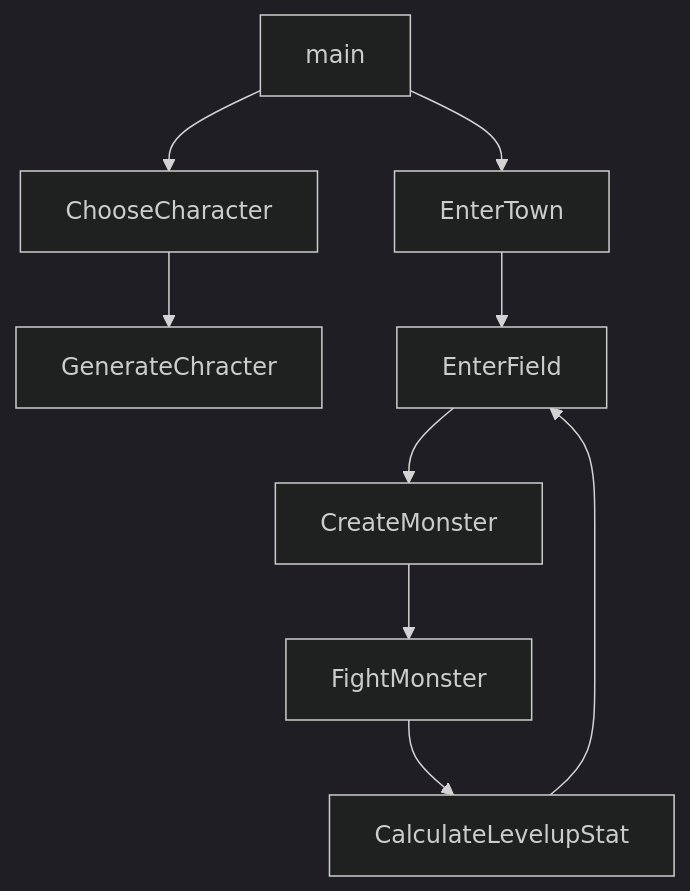
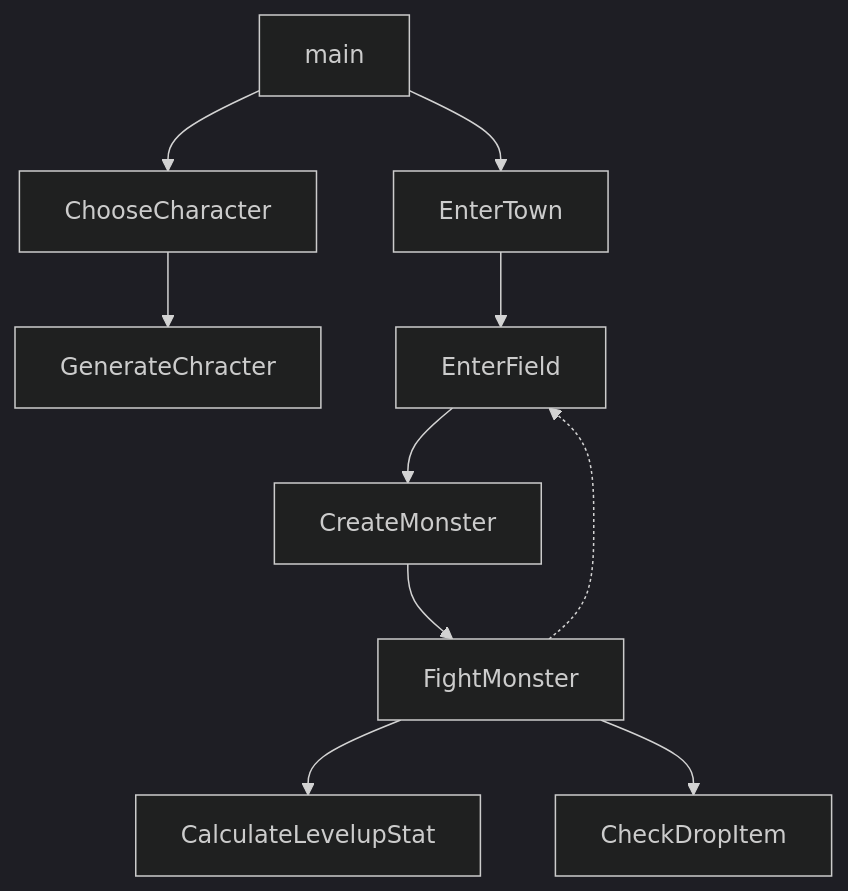
One commit to Emrgnr/cpp-TextRPG changed the diagram in README.md. Above: the diagram before and after it, drawn with Mermaid (dark theme).

Commit message:
Edit FlowChart - TextRPG(Multi-Array)
다중 배열을 적용시킨 버전의 전체 구조

````diff
--- a/README.md
+++ b/README.md
@@ -5,17 +5,21 @@
 ```mermaid
 flowchart TD
 	%% 메인 분기점
 	main --> EnterTown
     main --> ChooseCharacter
     
+    %% 캐릭터 선택 분기점
     ChooseCharacter --> GenerateChracter
     
+    %% 광장 분기점
     EnterTown --> EnterField
+    
+    %% 필드 분기점
     EnterField --> CreateMonster
     CreateMonster --> FightMonster
     
-    %% 분기 없이 핵심 흐름으로 직결
+    %% 몬스터 전투 분기점
     FightMonster --> CalculateLevelupStat
-    CalculateLevelupStat --> EnterField
-
+    FightMonster --> CheckDropItem
+    FightMonster -.-> EnterField
 ```
````
